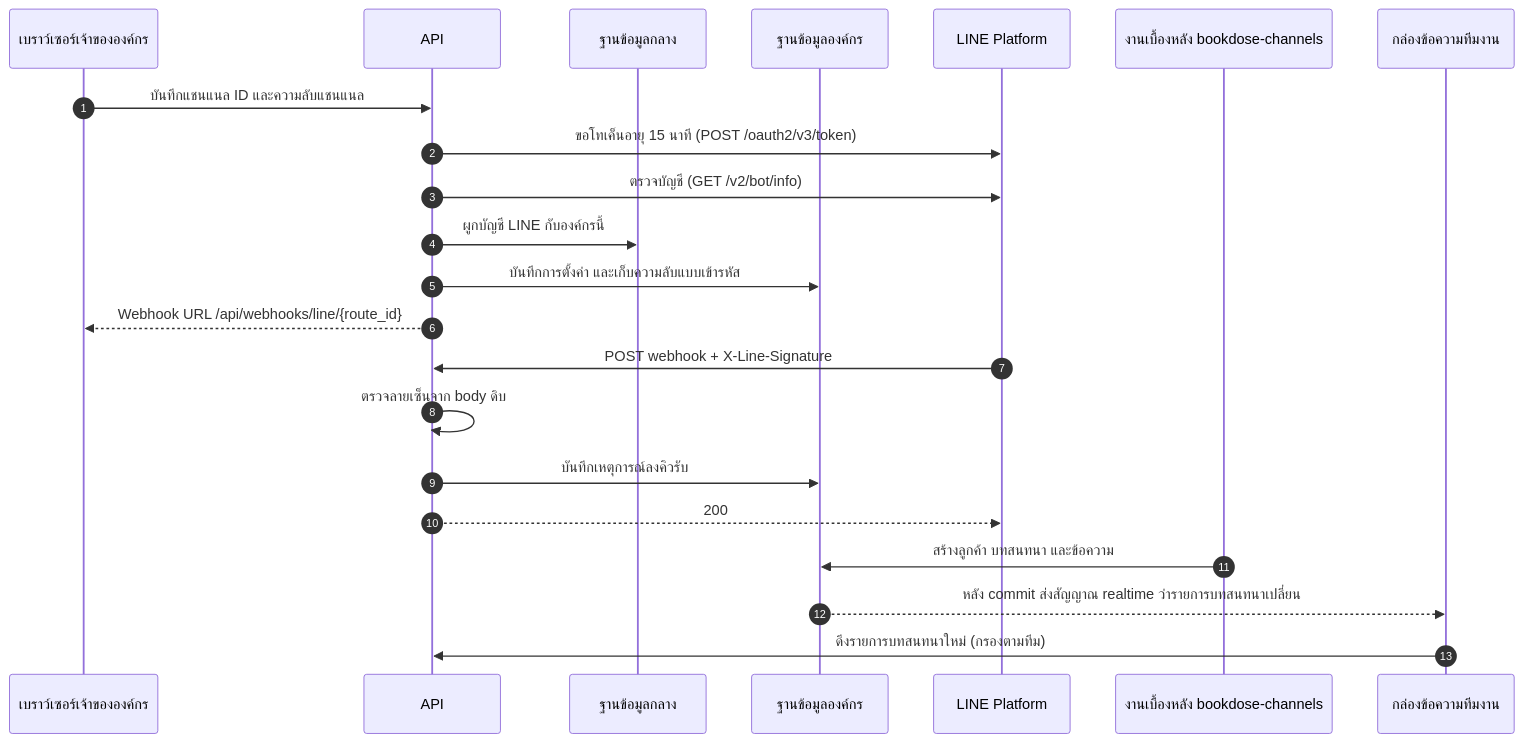
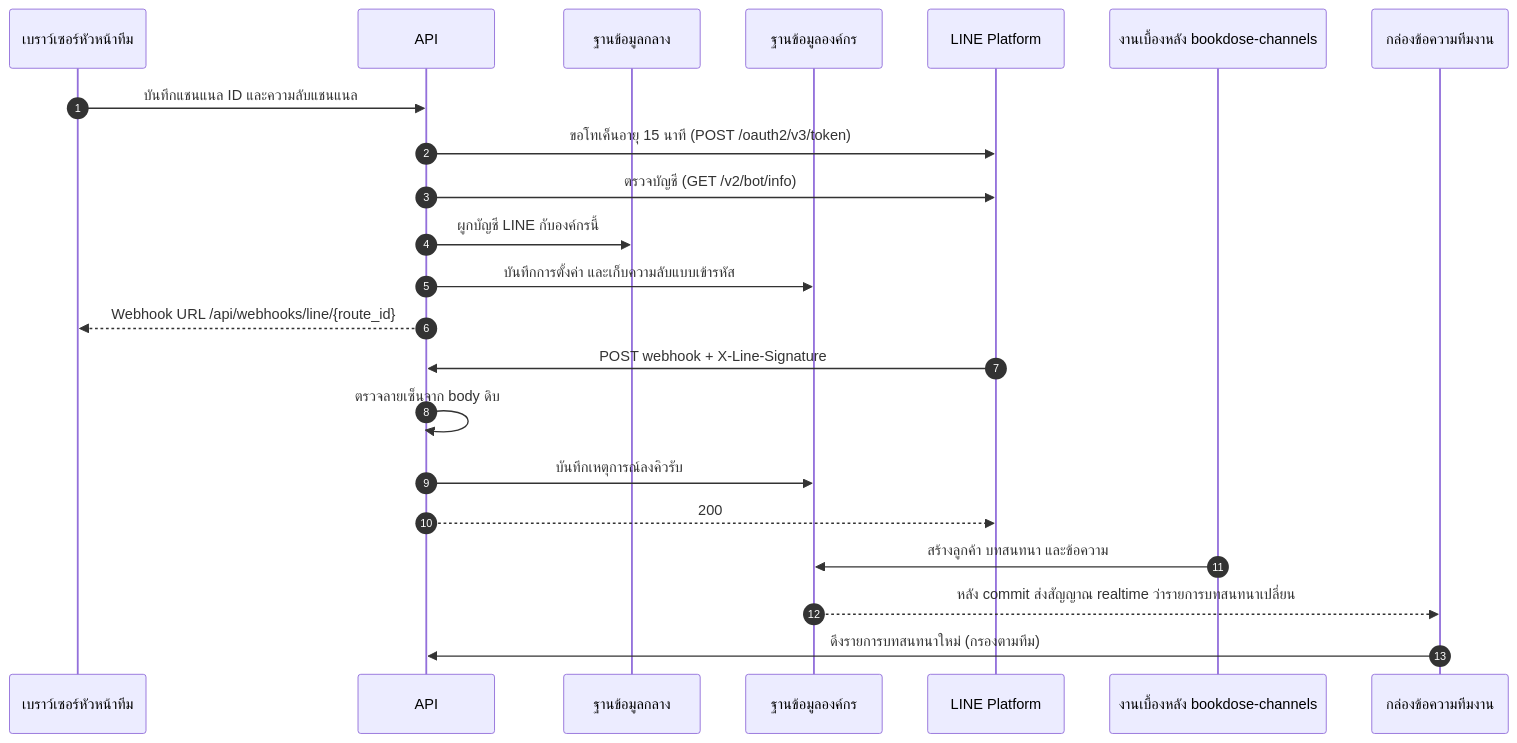
Before and after one commit to MildRinrada/Bookdose-Customer-Service: the third of 3 diagrams in docs/architecture.md, drawn with Mermaid. The commit also changed other lines of this file and 35 other files, not shown here.

````diff
--- a/docs/architecture.md
+++ b/docs/architecture.md
@@ -215,26 +215,26 @@
 ```mermaid
 sequenceDiagram
     autonumber
-    participant AB as เบราว์เซอร์เจ้าขององค์กร
+    participant AB as เบราว์เซอร์หัวหน้าทีม
     participant API as API
     participant CDB as ฐานข้อมูลกลาง
     participant TDB as ฐานข้อมูลองค์กร
     participant LINE as LINE Platform
     participant W as งานเบื้องหลัง bookdose-channels
     participant IB as กล่องข้อความทีมงาน
 
     AB->>API: บันทึกแชนแนล ID และความลับแชนแนล
     API->>LINE: ขอโทเค็นอายุ 15 นาที (POST /oauth2/v3/token)
     API->>LINE: ตรวจบัญชี (GET /v2/bot/info)
     API->>CDB: ผูกบัญชี LINE กับองค์กรนี้
     API->>TDB: บันทึกการตั้งค่า และเก็บความลับแบบเข้ารหัส
     API-->>AB: Webhook URL /api/webhooks/line/{route_id}
 
     LINE->>API: POST webhook + X-Line-Signature
     API->>API: ตรวจลายเซ็นจาก body ดิบ
     API->>TDB: บันทึกเหตุการณ์ลงคิวรับ
     API-->>LINE: 200
     W->>TDB: สร้างลูกค้า บทสนทนา และข้อความ
     TDB-->>IB: หลัง commit ส่งสัญญาณ realtime ว่ารายการบทสนทนาเปลี่ยน
     IB->>API: ดึงรายการบทสนทนาใหม่ (กรองตามทีม)
 ```
````
